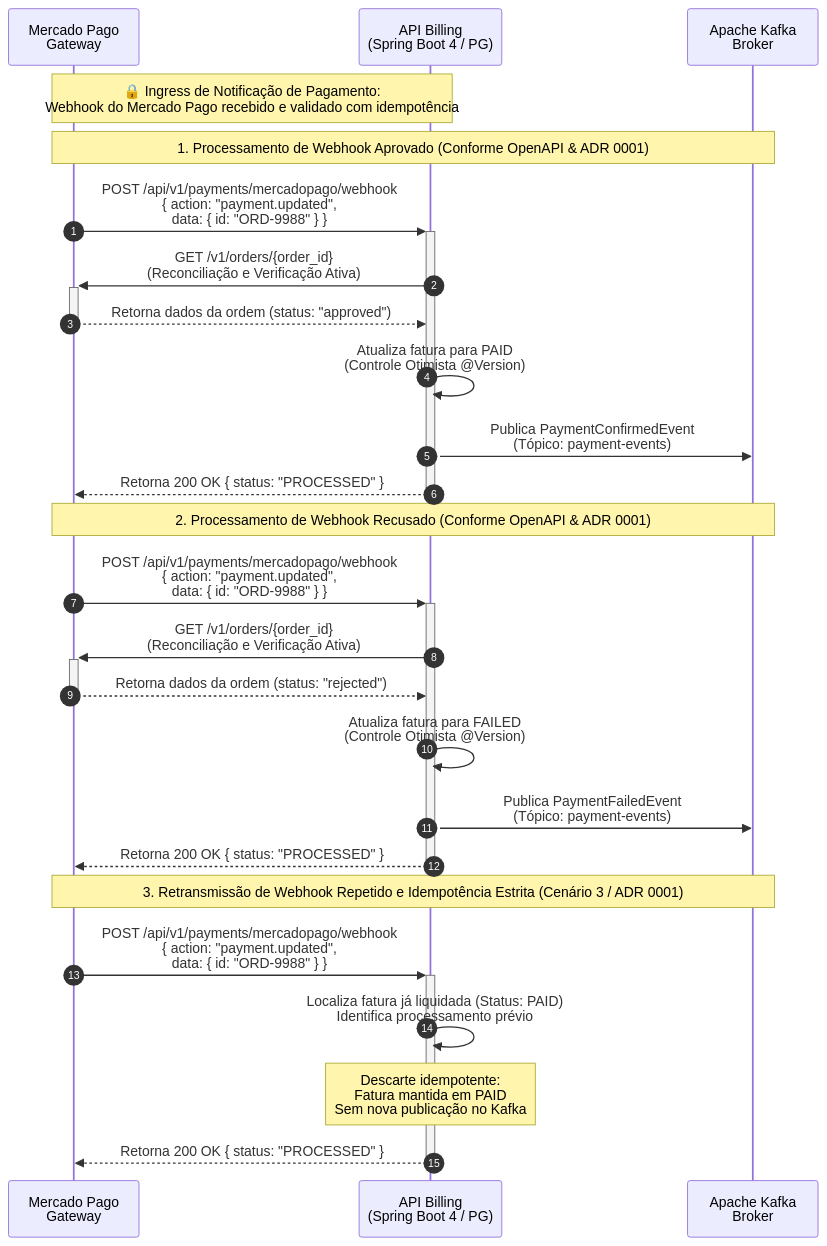
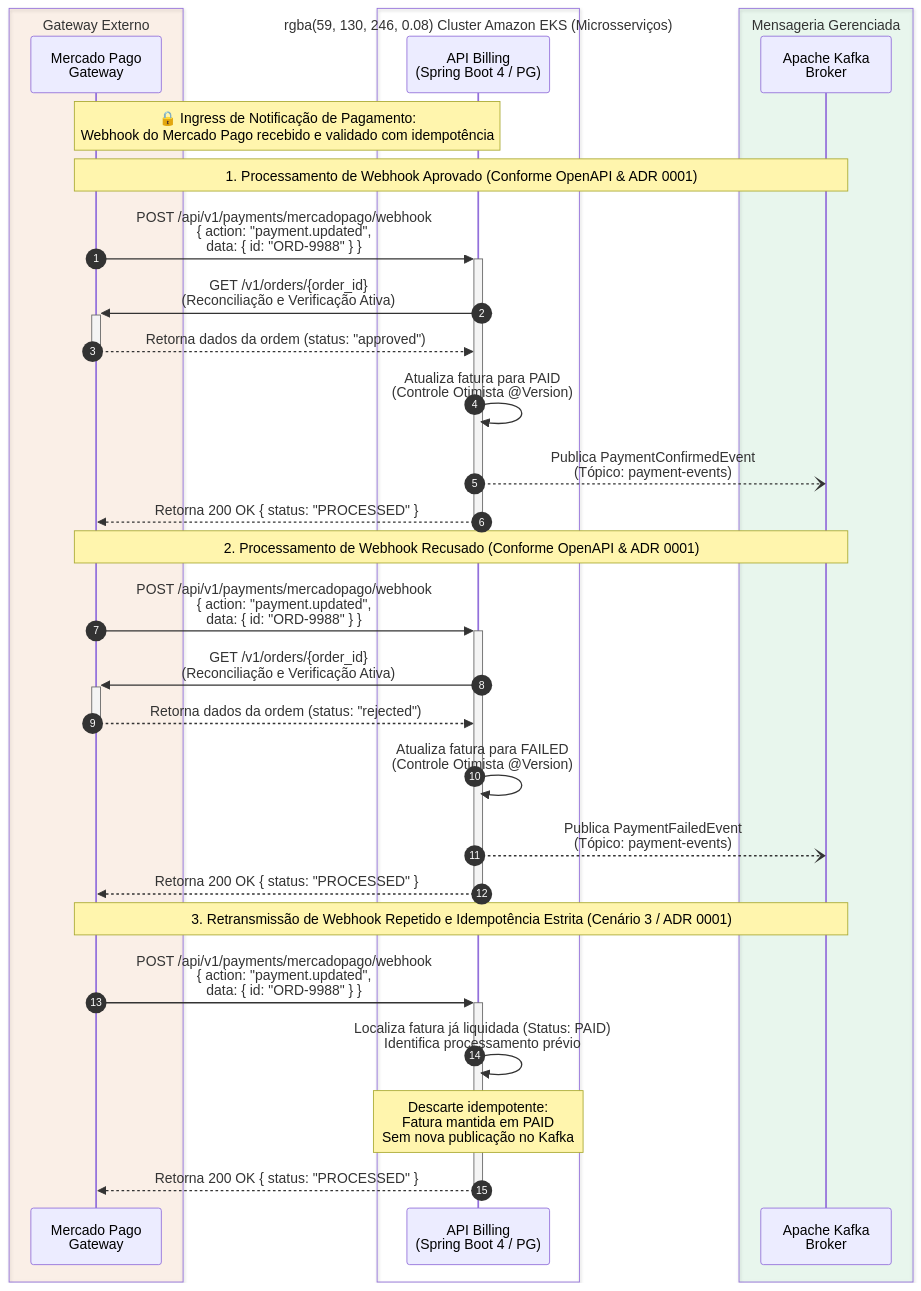
One commit to rodsordi/15soat-phase4-e2e changed the diagram in src/test/resources/features/billing/payment_webhook_processing.md. Above: the diagram before and after it, drawn with Mermaid. The commit also changed other lines of this file and 19 other files, not shown here.

Commit message:
feat(e2e): update sequence diagrams, estimate lifecycle features and step definitions

````diff
--- a/src/test/resources/features/billing/payment_webhook_processing.md
+++ b/src/test/resources/features/billing/payment_webhook_processing.md
@@ -19,34 +12,40 @@
 ```mermaid
 sequenceDiagram
     autonumber
-    participant MP as Mercado Pago<br/>Gateway
-    participant Billing as API Billing<br/>(Spring Boot 4 / PG)
-    participant Kafka as Apache Kafka<br/>Broker
+    box rgba(249, 115, 22, 0.08) Gateway Externo
+        participant MP as Mercado Pago<br/>Gateway
+    end
+    box rgba(59, 130, 246, 0.08) Cluster Amazon EKS (Microsserviços)
+        participant Billing as API Billing<br/>(Spring Boot 4 / PG)
+    end
+    box rgba(34, 197, 94, 0.08) Mensageria Gerenciada
+        participant Kafka as Apache Kafka<br/>Broker
+    end
 
     Note over MP,Billing: 🔒 Ingress de Notificação de Pagamento:<br/>Webhook do Mercado Pago recebido e validado com idempotência
 
     %% Pagamento Aprovado
     Note over MP,Kafka: 1. Processamento de Webhook Aprovado (Conforme OpenAPI & ADR 0001)
     MP->>+Billing: POST /api/v1/payments/mercadopago/webhook<br/>{ action: "payment.updated",<br/>  data: { id: "ORD-9988" } }
     Billing->>+MP: GET /v1/orders/{order_id}<br/>(Reconciliação e Verificação Ativa)
     MP-->>-Billing: Retorna dados da ordem (status: "approved")
     Billing->>Billing: Atualiza fatura para PAID<br/>(Controle Otimista @Version)
-    Billing->>Kafka: Publica PaymentConfirmedEvent<br/>(Tópico: payment-events)
+    Billing--)Kafka: Publica PaymentConfirmedEvent<br/>(Tópico: payment-events)
     Billing-->>-MP: Retorna 200 OK { status: "PROCESSED" }
 
     %% Pagamento Recusado
     Note over MP,Kafka: 2. Processamento de Webhook Recusado (Conforme OpenAPI & ADR 0001)
     MP->>+Billing: POST /api/v1/payments/mercadopago/webhook<br/>{ action: "payment.updated",<br/>  data: { id: "ORD-9988" } }
     Billing->>+MP: GET /v1/orders/{order_id}<br/>(Reconciliação e Verificação Ativa)
     MP-->>-Billing: Retorna dados da ordem (status: "rejected")
     Billing->>Billing: Atualiza fatura para FAILED<br/>(Controle Otimista @Version)
-    Billing->>Kafka: Publica PaymentFailedEvent<br/>(Tópico: payment-events)
+    Billing--)Kafka: Publica PaymentFailedEvent<br/>(Tópico: payment-events)
     Billing-->>-MP: Retorna 200 OK { status: "PROCESSED" }
 
     %% Retransmissão / Idempotência
     Note over MP,Kafka: 3. Retransmissão de Webhook Repetido e Idempotência Estrita (Cenário 3 / ADR 0001)
     MP->>+Billing: POST /api/v1/payments/mercadopago/webhook<br/>{ action: "payment.updated",<br/>  data: { id: "ORD-9988" } }
     Billing->>Billing: Localiza fatura já liquidada (Status: PAID)<br/>Identifica processamento prévio
     Note over Billing: Descarte idempotente:<br/>Fatura mantida em PAID<br/>Sem nova publicação no Kafka
     Billing-->>-MP: Retorna 200 OK { status: "PROCESSED" }
 ```
````
